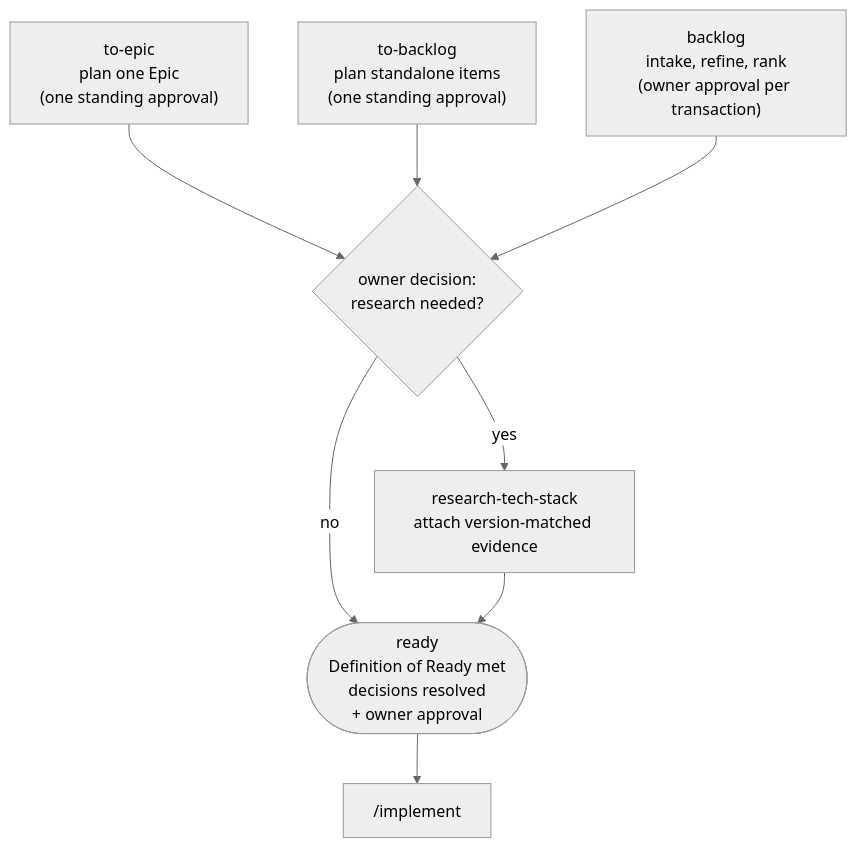
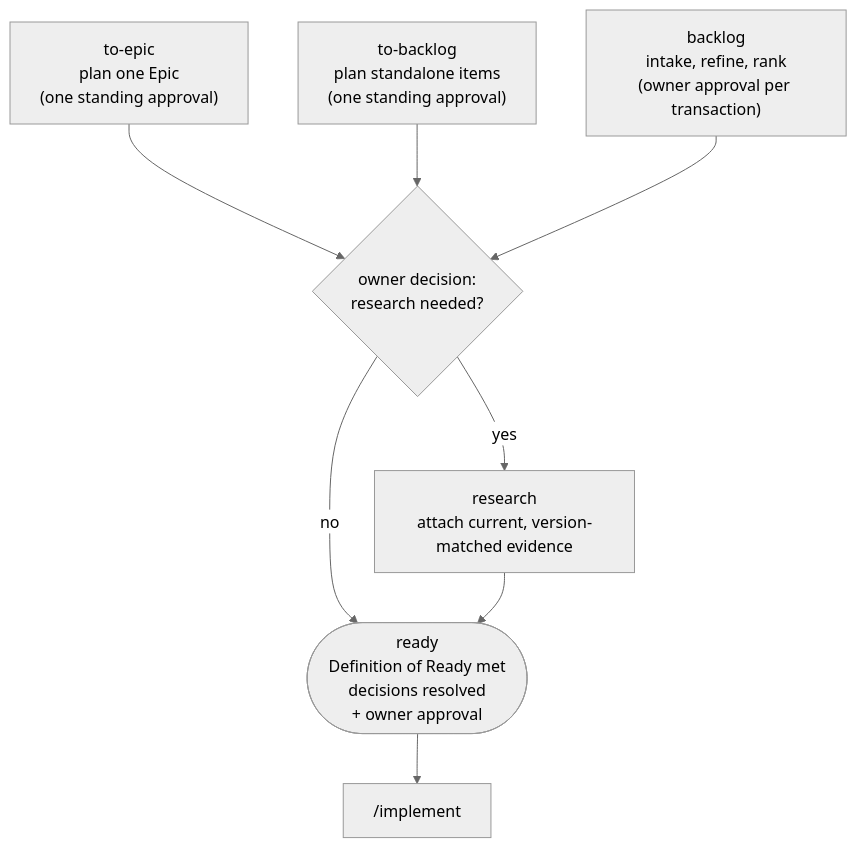
One commit to beeltec/skills changed the second of 4 diagrams in README.md. Above: the diagram before and after it, drawn with Mermaid (neutral theme). The commit also changed other lines of this file and 11 other files, not shown here.

First line of the commit message:
feat(skills): rename research-tech-stack to research and broaden its scope

````diff
--- a/README.md
+++ b/README.md
@@ -44,12 +44,12 @@
 ```mermaid
 flowchart TD
     TE["to-epic<br/>plan one Epic<br/>(one standing approval)"] --> DEC
     TB["to-backlog<br/>plan standalone items<br/>(one standing approval)"] --> DEC
     BL["backlog<br/>intake, refine, rank<br/>(owner approval per transaction)"] --> DEC
     DEC{"owner decision:<br/>research needed?"}
-    DEC -->|yes| RT["research-tech-stack<br/>attach version-matched evidence"]
+    DEC -->|yes| RT["research<br/>attach current, version-matched evidence"]
     DEC -->|no| RDY
     RT --> RDY
     RDY(["ready<br/>Definition of Ready met<br/>decisions resolved<br/>+ owner approval"])
     RDY --> IMP["/implement"]
 ```
````
